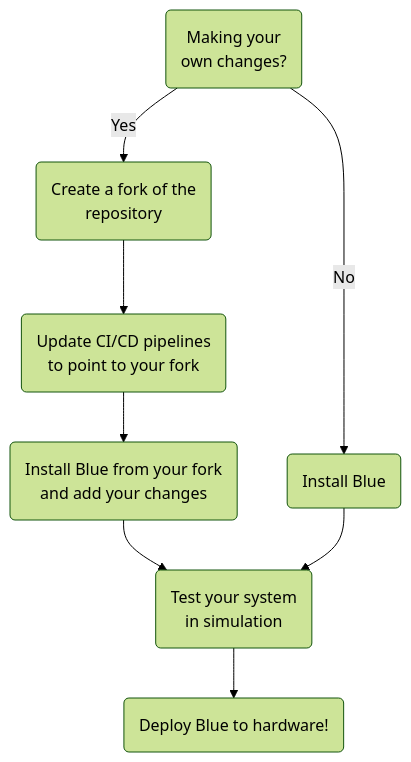
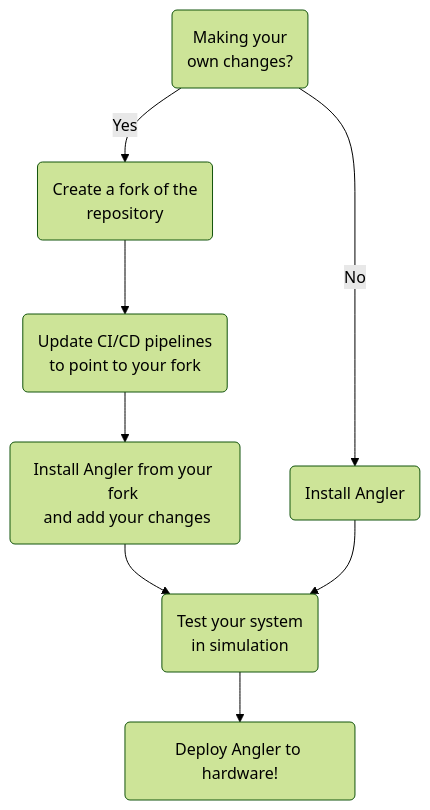
One commit to Robotic-Decision-Making-Lab/angler changed the diagram in docs/docs/overview.mdx. Above: the diagram before and after it, drawn with Mermaid (forest theme). The commit also changed other lines of this file and 14 other files, not shown here.

````diff
--- a/docs/docs/overview.mdx
+++ b/docs/docs/overview.mdx
@@ -40,10 +43,10 @@
 ```mermaid
 graph TD
    A(Making your </br> own changes?) -- Yes --> B(Create a fork of the </br> repository)
-   A -- No --> C(Install Blue)
+   A -- No --> C(Install Angler)
    B --> D(Update CI/CD pipelines </br> to point to your fork)
-   D --> E(Install Blue from your fork </br> and add your changes)
+   D --> E(Install Angler from your fork </br> and add your changes)
    E --> F(Test your system </br> in simulation)
    C --> F
-   F --> G(Deploy Blue to hardware!)
+   F --> G(Deploy Angler to hardware!)
 ```
````
